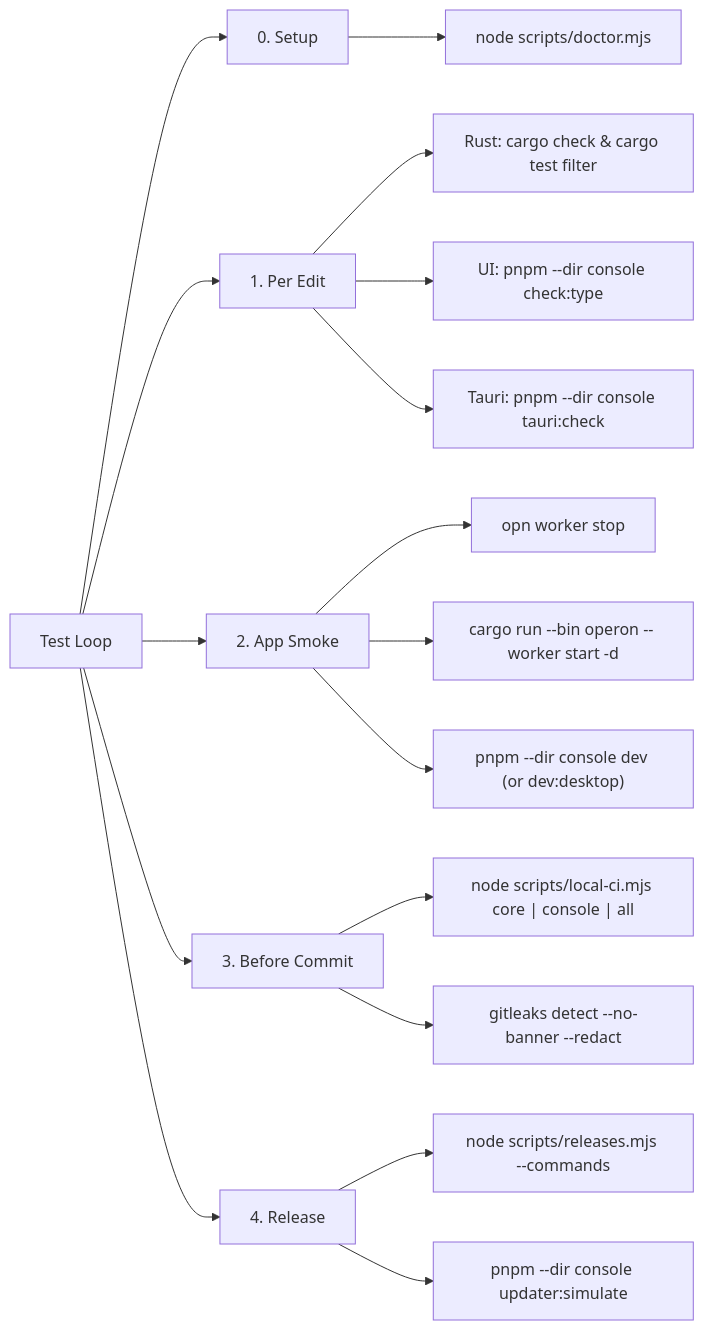
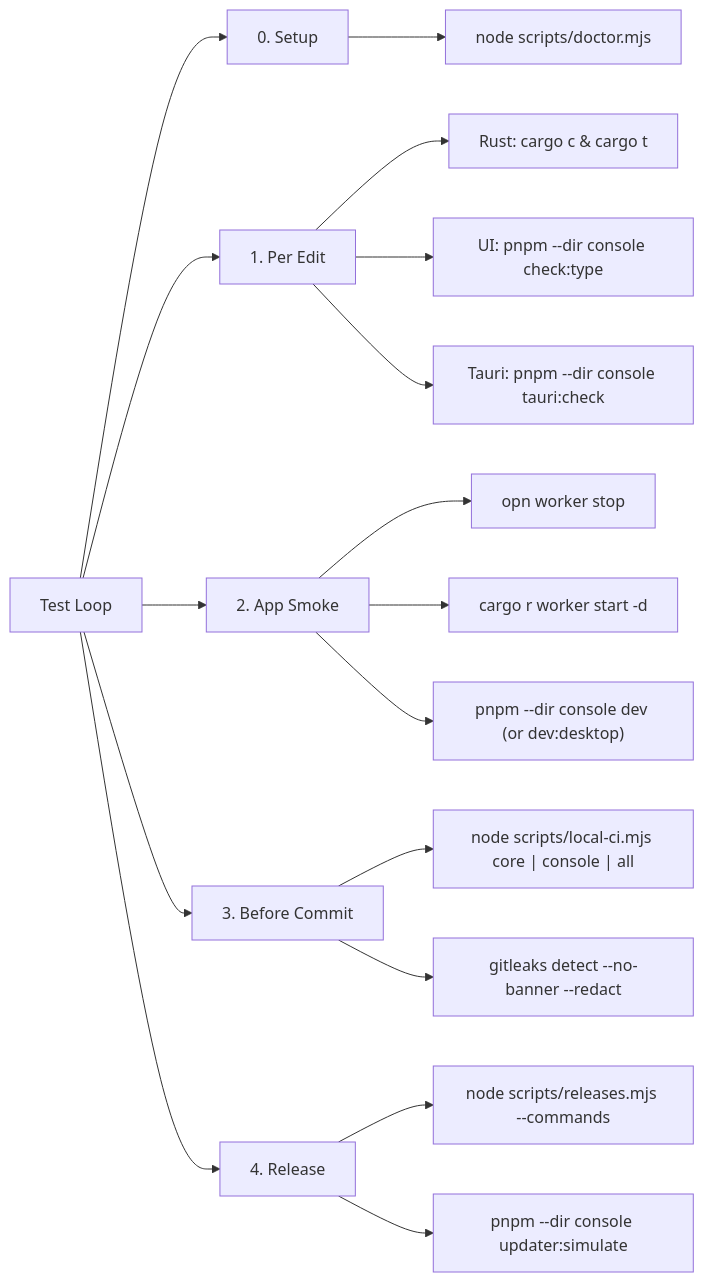
The diagram in TESTING.md (tuquet/operon), drawn with Mermaid before and after one commit. The commit also changed other lines of this file and 1 other file, not shown here.

Commit message:
chore(cargo): add short c/t/r aliases and update TESTING.md

````diff
--- a/TESTING.md
+++ b/TESTING.md
@@ -7,24 +7,24 @@
 ```mermaid
 flowchart LR
   Test["Test Loop"] --> Setup["0. Setup"]
   Test --> Edit["1. Per Edit"]
   Test --> Run["2. App Smoke"]
   Test --> Ship["3. Before Commit"]
   Test --> Release["4. Release"]
 
   Setup --> S1["node scripts/doctor.mjs"]
 
-  Edit --> E1["Rust: cargo check & cargo test filter"]
+  Edit --> E1["Rust: cargo c & cargo t <name>"]
   Edit --> E2["UI: pnpm --dir console check:type"]
   Edit --> E3["Tauri: pnpm --dir console tauri:check"]
 
   Run --> R1["opn worker stop"]
-  Run --> R2["cargo run --bin operon -- worker start -d"]
+  Run --> R2["cargo r worker start -d"]
   Run --> R3["pnpm --dir console dev (or dev:desktop)"]
 
   Ship --> C1["node scripts/local-ci.mjs core | console | all"]
   Ship --> C2["gitleaks detect --no-banner --redact"]
 
   Release --> L1["node scripts/releases.mjs --commands"]
   Release --> L2["pnpm --dir console updater:simulate"]
 ```
````
